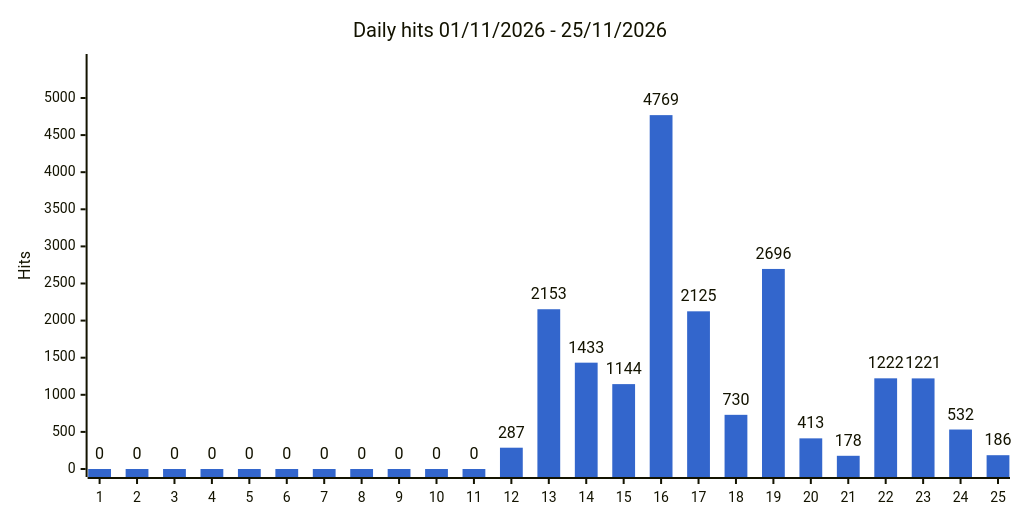
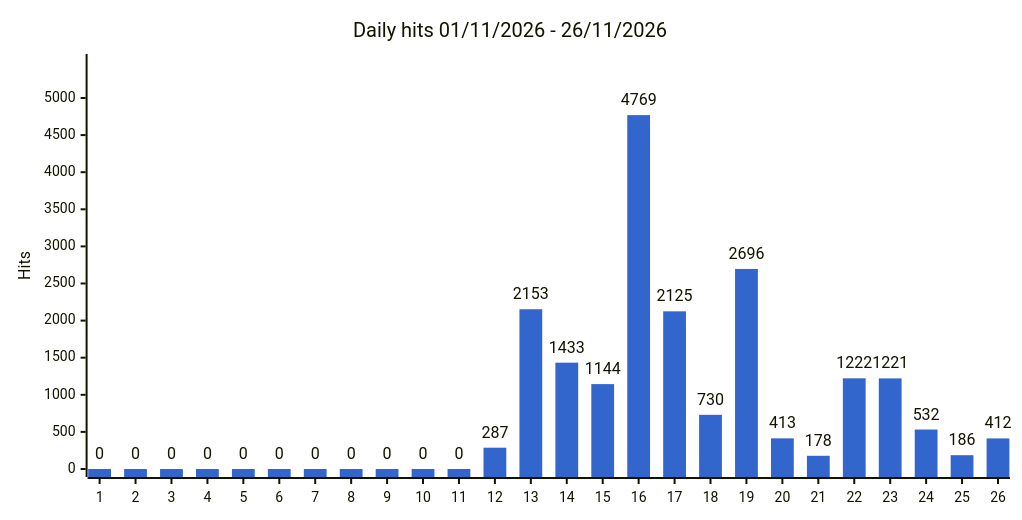
One commit to gmoulard/wikipedia2book changed the third of 4 diagrams in docs/stats.md. Above: the diagram before and after it, drawn with Mermaid. The commit also changed other lines of this file and 3 other files, not shown here.

````diff
--- a/docs/stats.md
+++ b/docs/stats.md
@@ -43,8 +43,8 @@
 ```mermaid
 %%{init: {"xyChart": {"width": 1000, "showDataLabel": true, "showDataLabelOutsideBar": true}, "themeVariables": {"xyChart": {"plotColorPalette": "#3366cc"}}}}%%
 xychart-beta
-    title "Daily hits 01/11/2026 - 25/11/2026"
-    x-axis ["1", "2", "3", "4", "5", "6", "7", "8", "9", "10", "11", "12", "13", "14", "15", "16", "17", "18", "19", "20", "21", "22", "23", "24", "25"]
+    title "Daily hits 01/11/2026 - 26/11/2026"
+    x-axis ["1", "2", "3", "4", "5", "6", "7", "8", "9", "10", "11", "12", "13", "14", "15", "16", "17", "18", "19", "20", "21", "22", "23", "24", "25", "26"]
     y-axis "Hits" 0 --> 5485
-    bar [0, 0, 0, 0, 0, 0, 0, 0, 0, 0, 0, 287, 2153, 1433, 1144, 4769, 2125, 730, 2696, 413, 178, 1222, 1221, 532, 186]
+    bar [0, 0, 0, 0, 0, 0, 0, 0, 0, 0, 0, 287, 2153, 1433, 1144, 4769, 2125, 730, 2696, 413, 178, 1222, 1221, 532, 186, 412]
 ```
````
